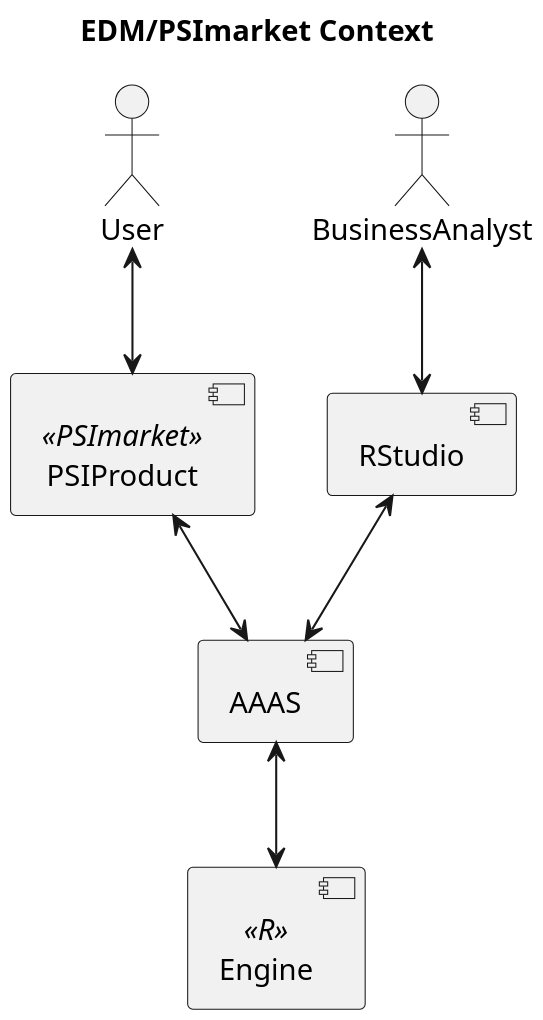
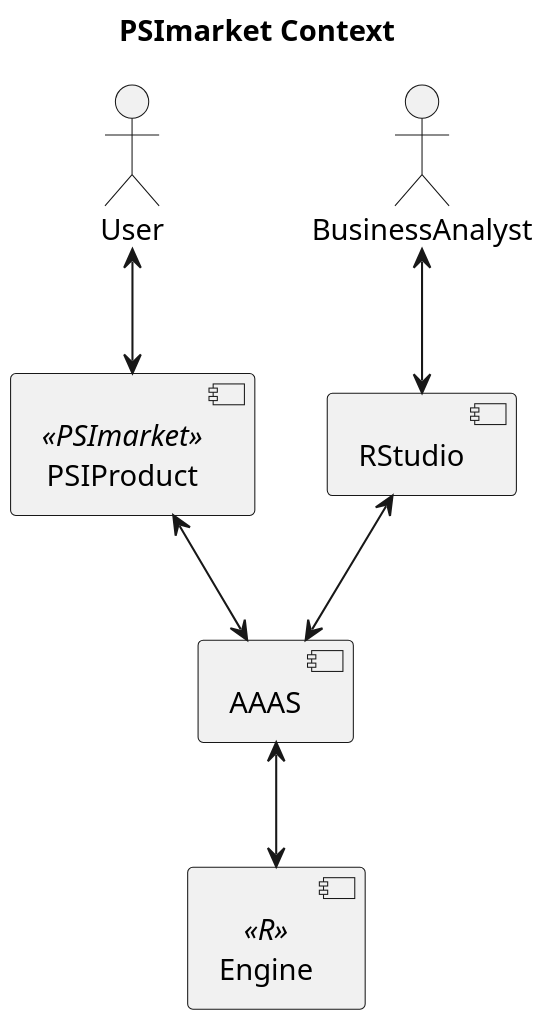
The diagram in doc/4c/1.1 EDM context.plantuml (PSI-Polska/aaas-java6), drawn with PlantUML before and after one commit. The commit also changed 5 other files, not shown here.

Commit message:
doc: describe diagrams

```diff
--- a/doc/4c/1.1 EDM context.plantuml
+++ b/doc/4c/1.1 EDM context.plantuml
@@ -1,29 +1,20 @@
 @startuml
 skinparam dpi 200
 
-title EDM/PSImarket Context
+title PSImarket Context
 
 actor User
 actor BusinessAnalyst as BA
 component PSIProduct as PSI <<PSImarket>>
 component RStudio as rstdio
 component AAAS as 3as
 component Engine as engine <<R>>
-
-' The most basic Community EDM need:
-' provide already existing artificial inteligence (forecasting) solutions based on R.
-' Provide means for BAs to work with production data.
-' Goals:
-' * R as engine
-' * Provide means for BAs to work with production data.
-' * TS based
-' * simple to set up (3AS together with the engine)
 
 User <--> PSI
 BA <--> rstdio
 PSI <--> 3as
 rstdio <--> 3as
 3as <--> engine
 
 
 @enduml
```
